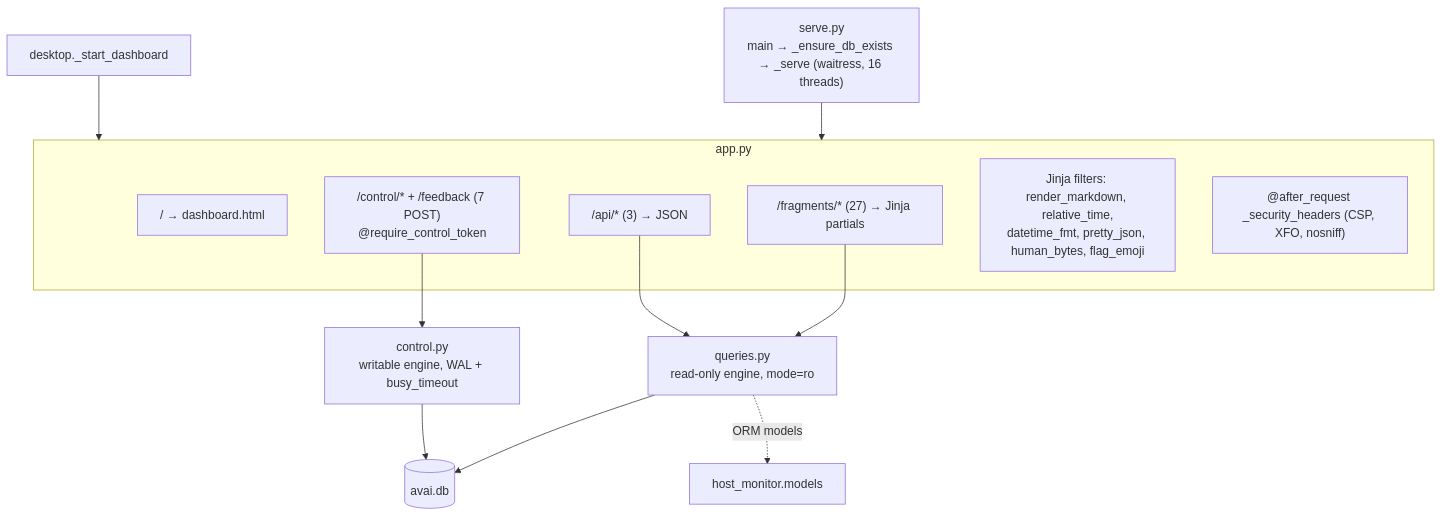
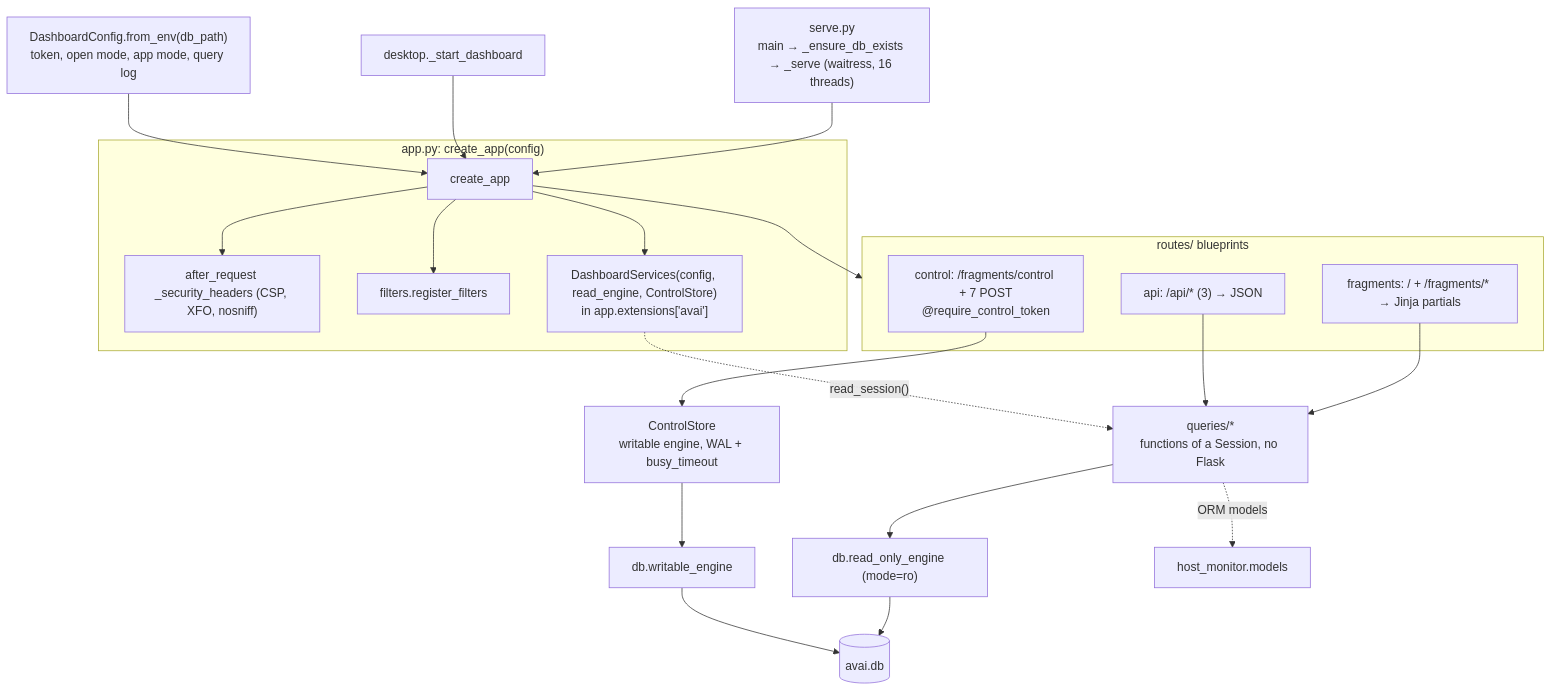
Before and after one commit to iklobato/avai: diagram 19 of 23 in docs/ARCHITECTURE.md, drawn with Mermaid. The commit also changed other lines of this file and 1 other file, not shown here.

First line of the commit message:
docs: document the dashboard split and record phase 6

````diff
--- a/docs/ARCHITECTURE.md
+++ b/docs/ARCHITECTURE.md
@@ -1189,19 +1197,30 @@
 ```mermaid
 graph TD
-    serve["serve.py<br/>main → _ensure_db_exists → _serve (waitress, 16 threads)"] --> appmod
-    desktop["desktop._start_dashboard"] --> appmod
-    subgraph appmod["app.py"]
-        idx["/ → dashboard.html"]
-        frags["/fragments/* (27) → Jinja partials"]
-        api["/api/* (3) → JSON"]
-        ctl["/control/* + /feedback (7 POST)<br/>@require_control_token"]
-        filters["Jinja filters: render_markdown, relative_time,<br/>datetime_fmt, pretty_json, human_bytes, flag_emoji"]
-        hdrs["@after_request _security_headers (CSP, XFO, nosniff)"]
+    serve["serve.py<br/>main → _ensure_db_exists → _serve (waitress, 16 threads)"] --> factory
+    desktop["desktop._start_dashboard"] --> factory
+    cfg["DashboardConfig.from_env(db_path)<br/>token, open mode, app mode, query log"] --> factory
+    subgraph appmod["app.py: create_app(config)"]
+        factory["create_app"]
+        hdrs["after_request _security_headers (CSP, XFO, nosniff)"]
+        filters["filters.register_filters"]
+        svc["DashboardServices(config, read_engine, ControlStore)<br/>in app.extensions['avai']"]
     end
-    frags --> Q["queries.py<br/>read-only engine, mode=ro"]
+    factory --> hdrs
+    factory --> filters
+    factory --> svc
+    factory --> bps
+    subgraph bps["routes/ blueprints"]
+        frags["fragments: / + /fragments/* → Jinja partials"]
+        api["api: /api/* (3) → JSON"]
+        ctl["control: /fragments/control + 7 POST<br/>@require_control_token"]
+    end
+    frags --> Q["queries/*<br/>functions of a Session, no Flask"]
     api --> Q
-    ctl --> C["control.py<br/>writable engine, WAL + busy_timeout"]
-    Q --> DB[("avai.db")]
-    C --> DB
+    ctl --> C["ControlStore<br/>writable engine, WAL + busy_timeout"]
+    svc -. "read_session()" .-> Q
+    Q --> RO["db.read_only_engine (mode=ro)"]
+    C --> RW["db.writable_engine"]
+    RO --> DB[("avai.db")]
+    RW --> DB
     Q -. "ORM models" .-> HM["host_monitor.models"]
 ```
````
